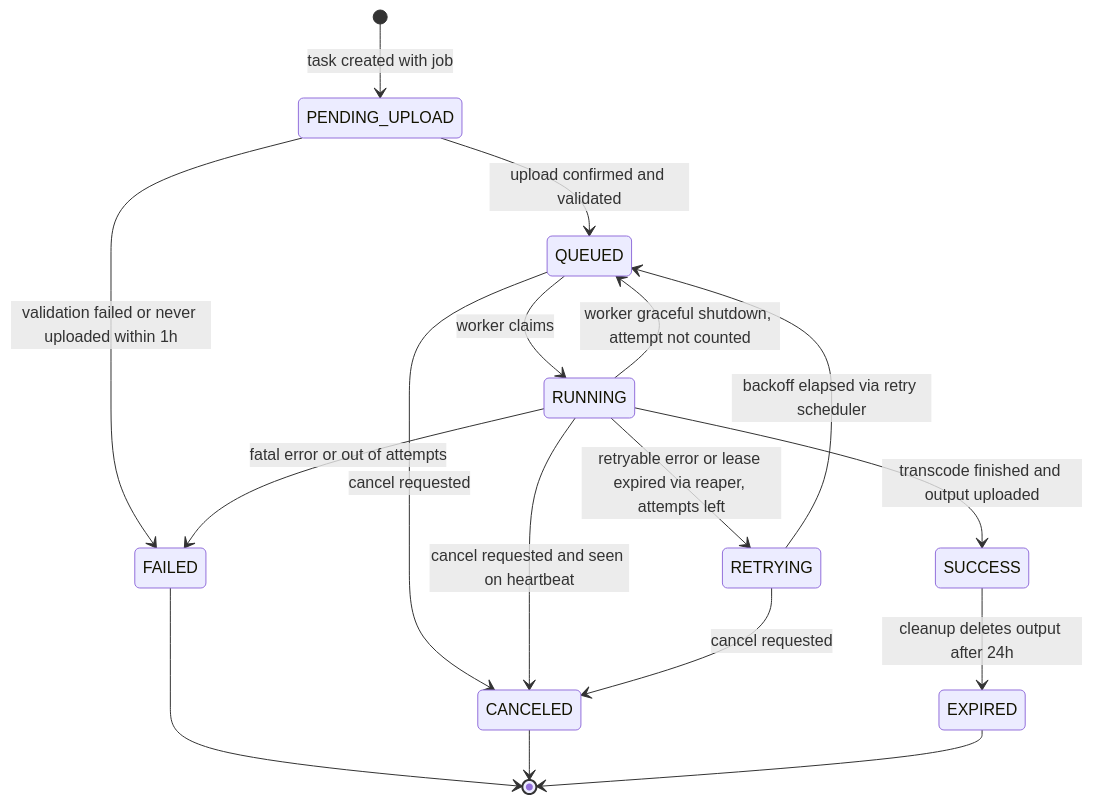
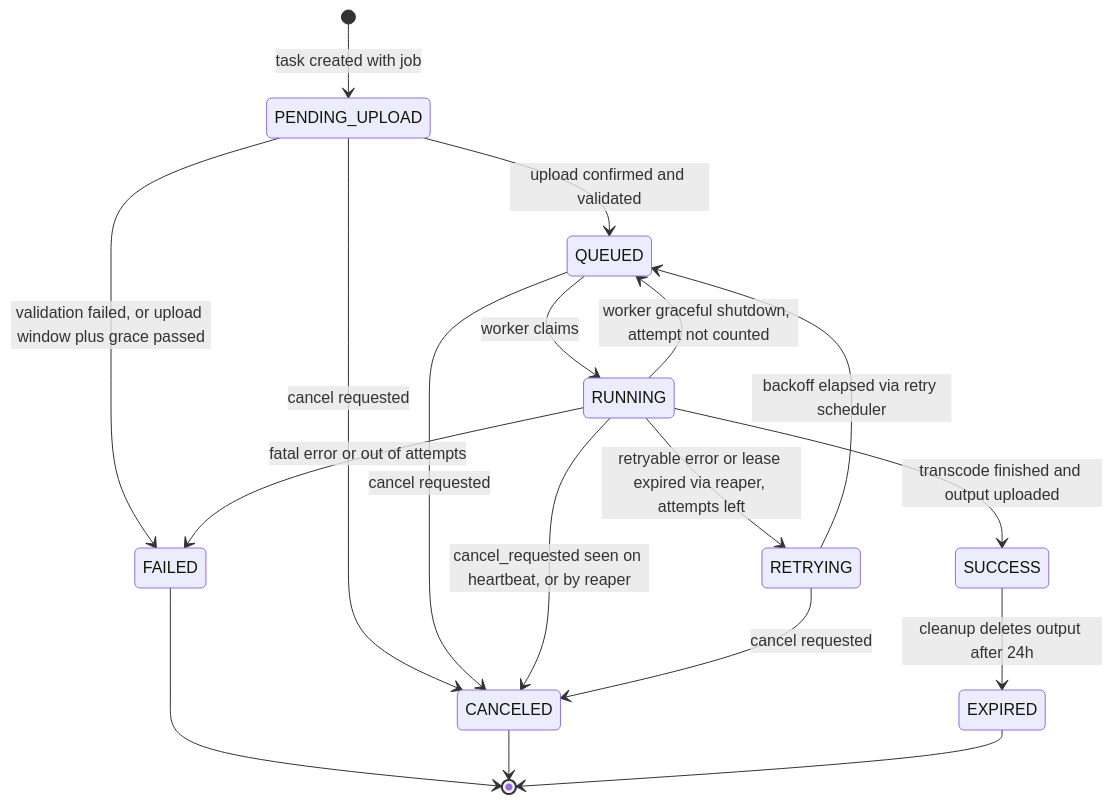
Before and after one commit to MardonBa/transcoding-job-scheduler: the diagram in docs/diagrams/state/task-state-machine.md, drawn with Mermaid. The commit also changed other lines of this file and 31 other files, not shown here.

````diff
--- a/docs/diagrams/state/task-state-machine.md
+++ b/docs/diagrams/state/task-state-machine.md
@@ -5,19 +5,20 @@
 ```mermaid
 stateDiagram-v2
     [*] --> PENDING_UPLOAD : task created with job
     PENDING_UPLOAD --> QUEUED : upload confirmed and validated
-    PENDING_UPLOAD --> FAILED : validation failed or never uploaded within 1h
+    PENDING_UPLOAD --> FAILED : validation failed, or upload window plus grace passed
+    PENDING_UPLOAD --> CANCELED : cancel requested
     QUEUED --> RUNNING : worker claims
     QUEUED --> CANCELED : cancel requested
     RUNNING --> SUCCESS : transcode finished and output uploaded
     RUNNING --> RETRYING : retryable error or lease expired via reaper, attempts left
     RUNNING --> FAILED : fatal error or out of attempts
-    RUNNING --> CANCELED : cancel requested and seen on heartbeat
+    RUNNING --> CANCELED : cancel_requested seen on heartbeat, or by reaper
     RUNNING --> QUEUED : worker graceful shutdown, attempt not counted
     RETRYING --> QUEUED : backoff elapsed via retry scheduler
     RETRYING --> CANCELED : cancel requested
     SUCCESS --> EXPIRED : cleanup deletes output after 24h
     FAILED --> [*]
     CANCELED --> [*]
     EXPIRED --> [*]
 ```
````
